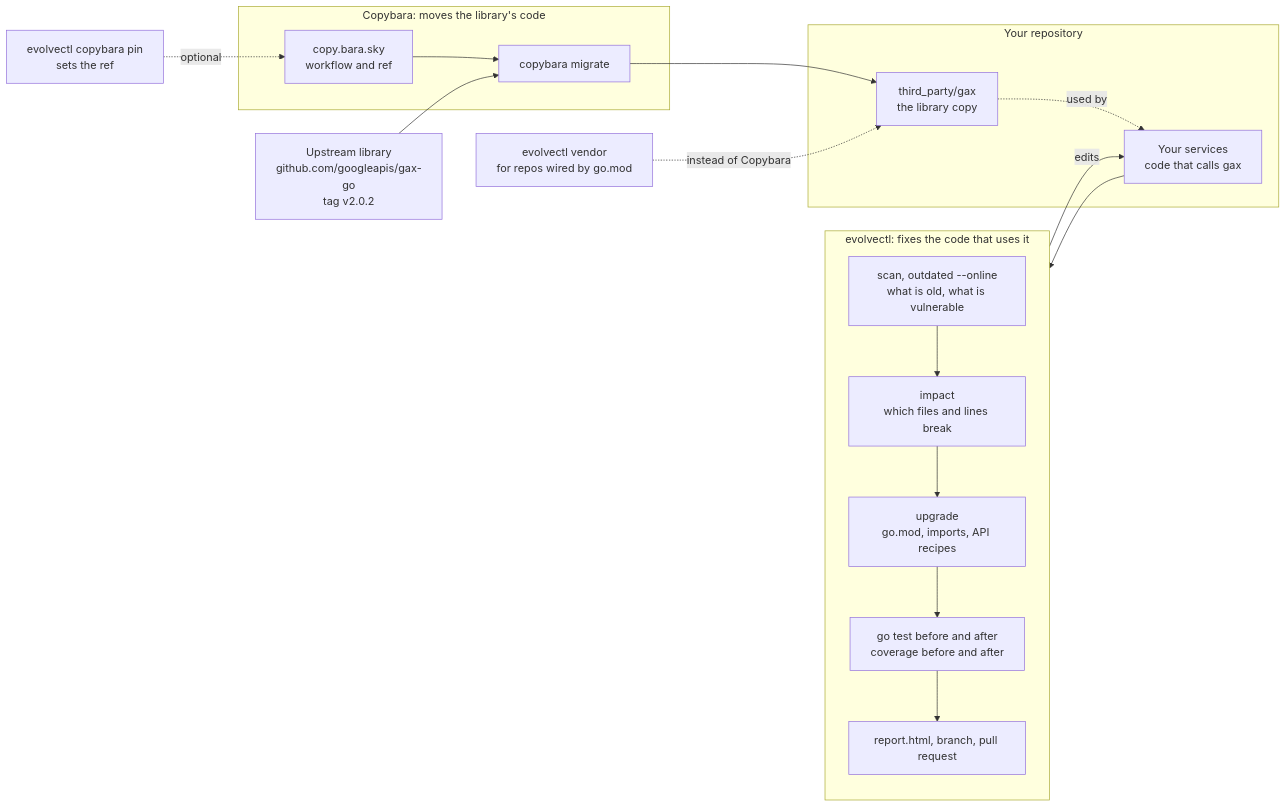
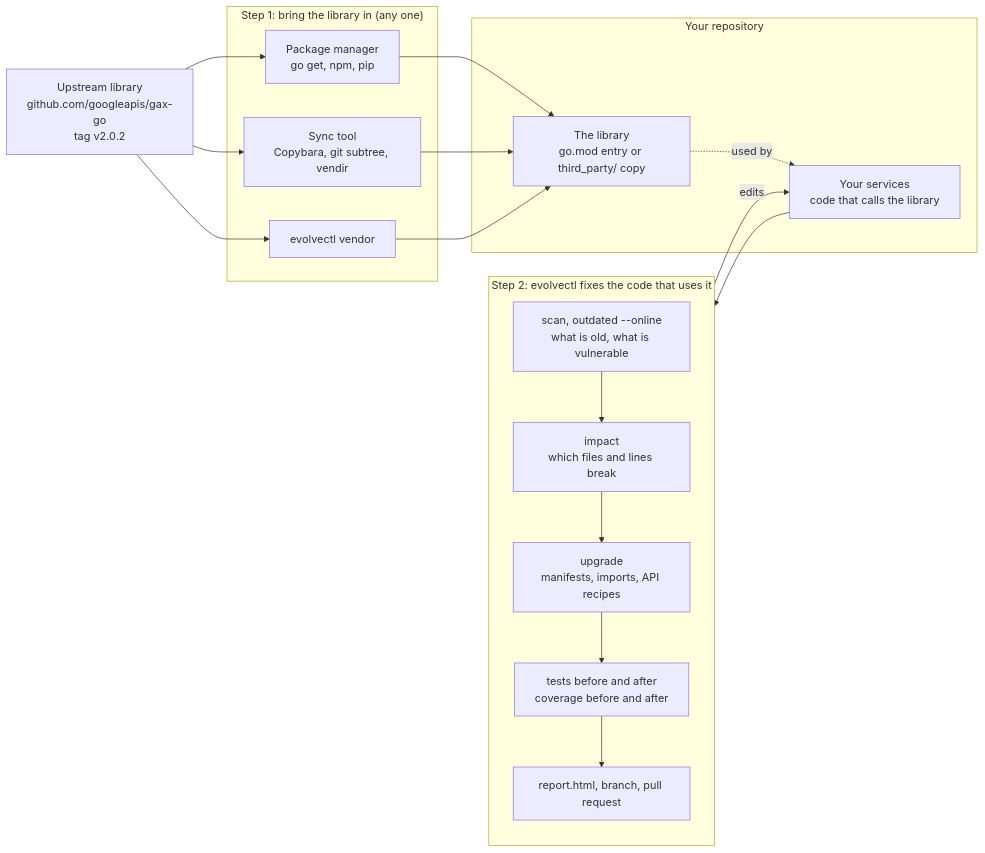
One commit to sureshpsc/evolvectl changed the diagram in README.md. Above: the diagram before and after it, drawn with Mermaid. The commit also changed other lines of this file, not shown here.

Commit message:
Update README to clarify the roles of evolvectl and import tools in dependency upgrades.

````diff
--- a/README.md
+++ b/README.md
@@ -35,28 +35,30 @@
 ```mermaid
 flowchart LR
     UP["Upstream library<br/>github.com/googleapis/gax-go<br/>tag v2.0.2"]
 
-    subgraph CB["Copybara: moves the library's code"]
-        SKY["copy.bara.sky<br/>workflow and ref"] --> MIG["copybara migrate"]
+    subgraph IMP["Step 1: bring the library in (any one)"]
+        PM["Package manager<br/>go get, npm, pip"]
+        SYNC["Sync tool<br/>Copybara, git subtree, vendir"]
+        VEN["evolvectl vendor"]
     end
 
     subgraph REPO["Your repository"]
-        TP["third_party/gax<br/>the library copy"]
-        APP["Your services<br/>code that calls gax"]
+        LIB["The library<br/>go.mod entry or third_party/ copy"]
+        APP["Your services<br/>code that calls the library"]
     end
 
-    subgraph EV["evolvectl: fixes the code that uses it"]
+    subgraph EV["Step 2: evolvectl fixes the code that uses it"]
         direction TB
         E1["scan, outdated --online<br/>what is old, what is vulnerable"] --> E2["impact<br/>which files and lines break"]
-        E2 --> E3["upgrade<br/>go.mod, imports, API recipes"]
-        E3 --> E4["go test before and after<br/>coverage before and after"]
+        E2 --> E3["upgrade<br/>manifests, imports, API recipes"]
+        E3 --> E4["tests before and after<br/>coverage before and after"]
         E4 --> E5["report.html, branch, pull request"]
     end
 
-    UP --> MIG --> TP
-    TP -. "used by" .-> APP
+    UP --> PM --> LIB
+    UP --> SYNC --> LIB
+    UP --> VEN --> LIB
+    LIB -. "used by" .-> APP
     APP --> E1
     E3 -- "edits" --> APP
-    PIN["evolvectl copybara pin<br/>sets the ref"] -. "optional" .-> SKY
-    VEN["evolvectl vendor<br/>for repos wired by go.mod"] -. "instead of Copybara" .-> TP
 ```
````
